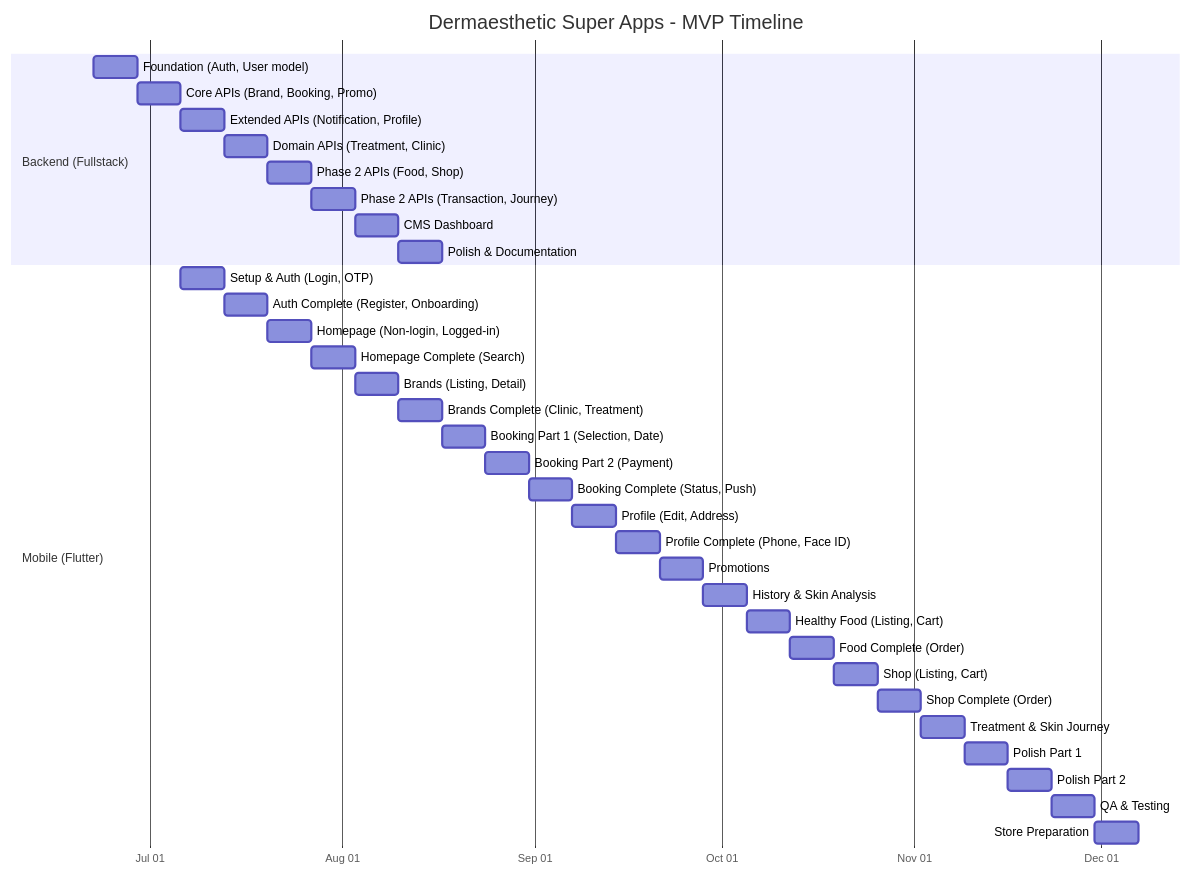
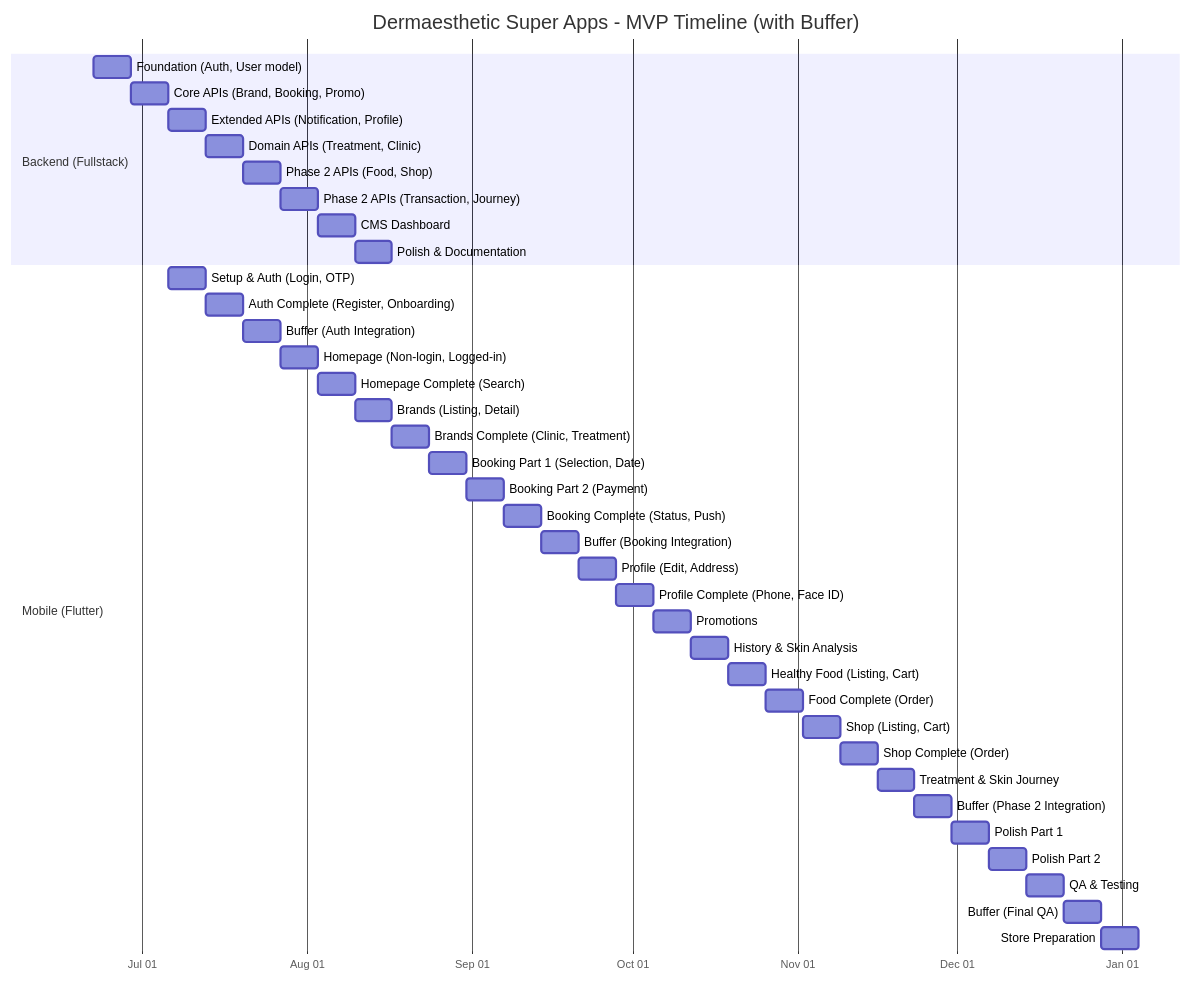
One commit to dhiazfathra/figma-mcp changed the first of 2 diagrams in docs/superpowers/specs/2026-06-17-dermaesthetic-mvp-roadmap.md. Above: the diagram before and after it, drawn with Mermaid.

Commit message:
docs: update dermaesthetic mvp roadmap timeline
Add buffer time to the mobile development Gantt chart to account for
integration phases.

````diff
--- a/docs/superpowers/specs/2026-06-17-dermaesthetic-mvp-roadmap.md
+++ b/docs/superpowers/specs/2026-06-17-dermaesthetic-mvp-roadmap.md
@@ -537,40 +537,44 @@
 ```mermaid
 gantt
-    title Dermaesthetic Super Apps - MVP Timeline
+    title Dermaesthetic Super Apps - MVP Timeline (with Buffer)
     dateFormat  YYYY-MM-DD
     axisFormat  %b %d
 
     section Backend (Fullstack)
     Foundation (Auth, User model)        :b1, 2026-06-22, 7d
     Core APIs (Brand, Booking, Promo)    :b2, after b1, 7d
     Extended APIs (Notification, Profile):b3, after b2, 7d
     Domain APIs (Treatment, Clinic)      :b4, after b3, 7d
     Phase 2 APIs (Food, Shop)            :b5, after b4, 7d
     Phase 2 APIs (Transaction, Journey)  :b6, after b5, 7d
     CMS Dashboard                        :b7, after b6, 7d
     Polish & Documentation               :b8, after b7, 7d
 
     section Mobile (Flutter)
     Setup & Auth (Login, OTP)            :m1, 2026-07-06, 7d
     Auth Complete (Register, Onboarding) :m2, after m1, 7d
-    Homepage (Non-login, Logged-in)      :m3, after m2, 7d
+    Buffer (Auth Integration)            :buf1, after m2, 7d
+    Homepage (Non-login, Logged-in)      :m3, after buf1, 7d
     Homepage Complete (Search)           :m4, after m3, 7d
     Brands (Listing, Detail)             :m5, after m4, 7d
     Brands Complete (Clinic, Treatment)  :m6, after m5, 7d
     Booking Part 1 (Selection, Date)     :m7, after m6, 7d
     Booking Part 2 (Payment)             :m8, after m7, 7d
     Booking Complete (Status, Push)      :m9, after m8, 7d
-    Profile (Edit, Address)              :m10, after m9, 7d
+    Buffer (Booking Integration)         :buf2, after m9, 7d
+    Profile (Edit, Address)              :m10, after buf2, 7d
     Profile Complete (Phone, Face ID)    :m11, after m10, 7d
     Promotions                           :m12, after m11, 7d
     History & Skin Analysis              :m13, after m12, 7d
     Healthy Food (Listing, Cart)         :m14, after m13, 7d
     Food Complete (Order)                :m15, after m14, 7d
     Shop (Listing, Cart)                 :m16, after m15, 7d
     Shop Complete (Order)                :m17, after m16, 7d
     Treatment & Skin Journey             :m18, after m17, 7d
-    Polish Part 1                        :m19, after m18, 7d
+    Buffer (Phase 2 Integration)         :buf3, after m18, 7d
+    Polish Part 1                        :m19, after buf3, 7d
     Polish Part 2                        :m20, after m19, 7d
     QA & Testing                         :m21, after m20, 7d
-    Store Preparation                    :m22, after m21, 7d
+    Buffer (Final QA)                    :buf4, after m21, 7d
+    Store Preparation                    :m22, after buf4, 7d
 ```
````
